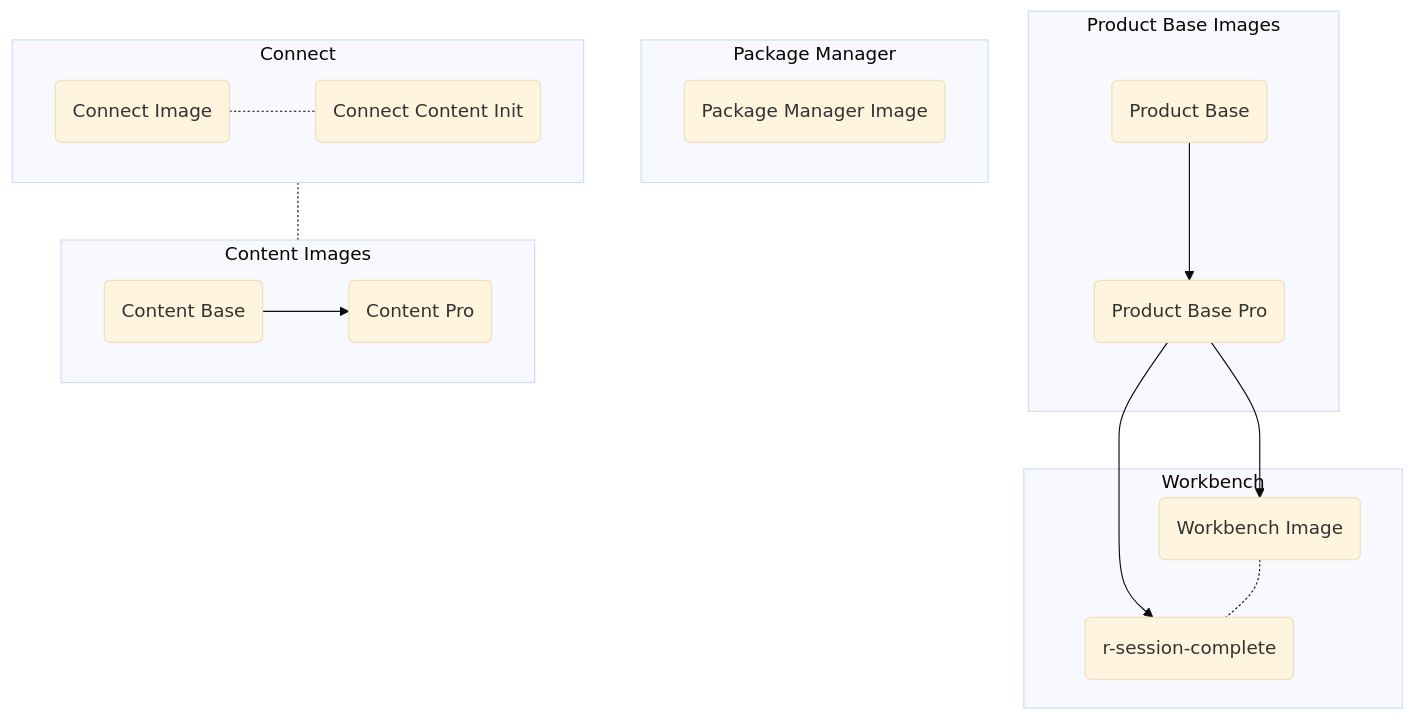
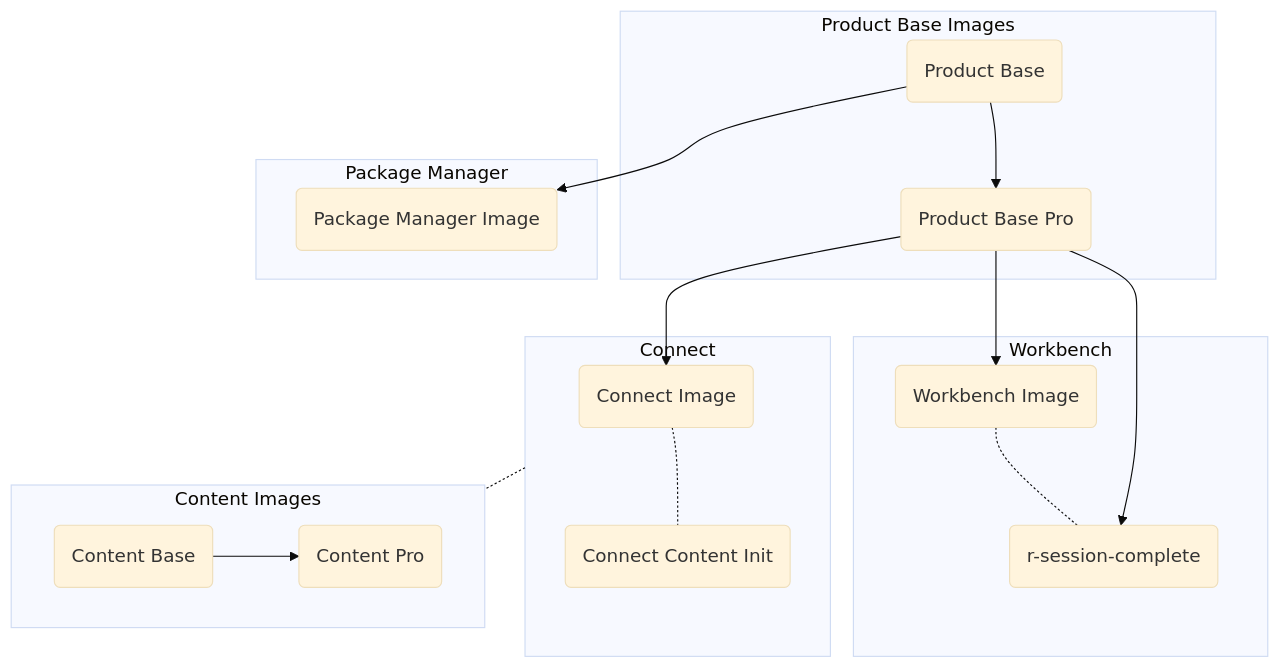
The diagram in README.md (rstudio/rstudio-docker-products), drawn with Mermaid (base theme) before and after one commit. The commit also changed other lines of this file and 81 other files, not shown here.

````diff
--- a/README.md
+++ b/README.md
@@ -50,29 +53,31 @@
 ```mermaid
 flowchart TB;
-  subgraph s1["Connect"];
-    id1("Connect Image")
-    id2("Connect Content Init")
-    id1-.-id2
-  end;
-  subgraph Package Manager;
-    id3("Package Manager Image")
-  end;
   subgraph Product Base Images;
     id4("Product Base")
     id5("Product Base Pro")
     id4-->id5
   end
+  subgraph s1["Connect"];
+    id1("Connect Image")
+    id2("Connect Content Init")
+    id1-.-id2
+    id5-->id1
+  end;
+  subgraph Package Manager;
+    id3("Package Manager Image")
+    id4-->id3
+  end;
   subgraph Workbench;
     id6("Workbench Image")
     id7("r-session-complete")
     id5-->id6
     id5-->id7
     id6-.-id7
   end
   subgraph s5["Content Images"];
     id8("Content Base")
     id9("Content Pro")
     id8-->id9
   end
   s1-.-s5
 ```
````
